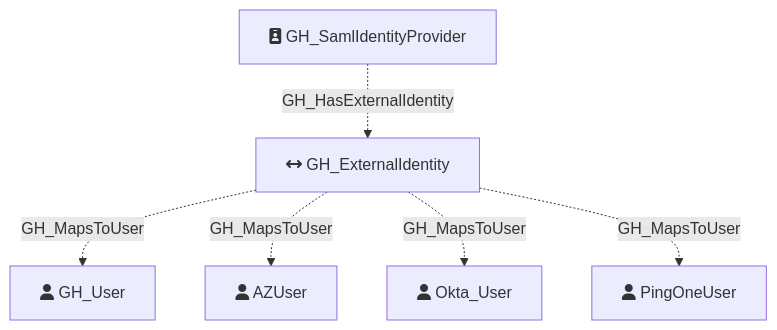
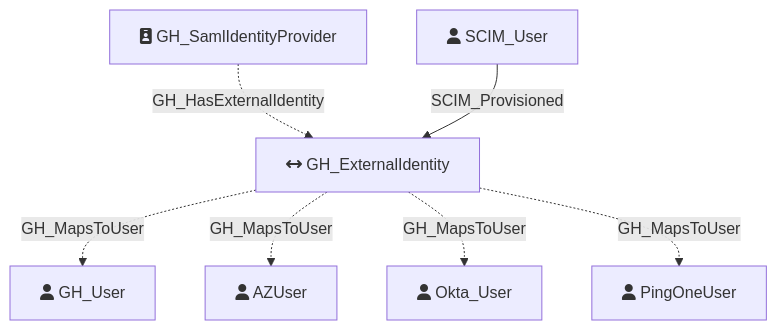
One commit to SpecterOps/GitHound changed the diagram in Documentation/NodeDescriptions/GH_ExternalIdentity.md. Above: the diagram before and after it, drawn with Mermaid. The commit also changed other lines of this file and 5 other files, not shown here.

````diff
--- a/Documentation/NodeDescriptions/GH_ExternalIdentity.md
+++ b/Documentation/NodeDescriptions/GH_ExternalIdentity.md
@@ -29,16 +31,18 @@
 ```mermaid
 flowchart TD
     GH_SamlIdentityProvider[fa:fa-id-badge GH_SamlIdentityProvider]
     GH_ExternalIdentity[fa:fa-arrows-left-right GH_ExternalIdentity]
+    SCIM_User[fa:fa-user SCIM_User]
     GH_User[fa:fa-user GH_User]
     AZUser[fa:fa-user AZUser]
     Okta_User[fa:fa-user Okta_User]
     PingOneUser[fa:fa-user PingOneUser]
 
 
     GH_SamlIdentityProvider -.->|GH_HasExternalIdentity| GH_ExternalIdentity
+    SCIM_User -->|SCIM_Provisioned| GH_ExternalIdentity
     GH_ExternalIdentity -.->|GH_MapsToUser| GH_User
     GH_ExternalIdentity -.->|GH_MapsToUser| AZUser
     GH_ExternalIdentity -.->|GH_MapsToUser| Okta_User
     GH_ExternalIdentity -.->|GH_MapsToUser| PingOneUser
 ```
````
